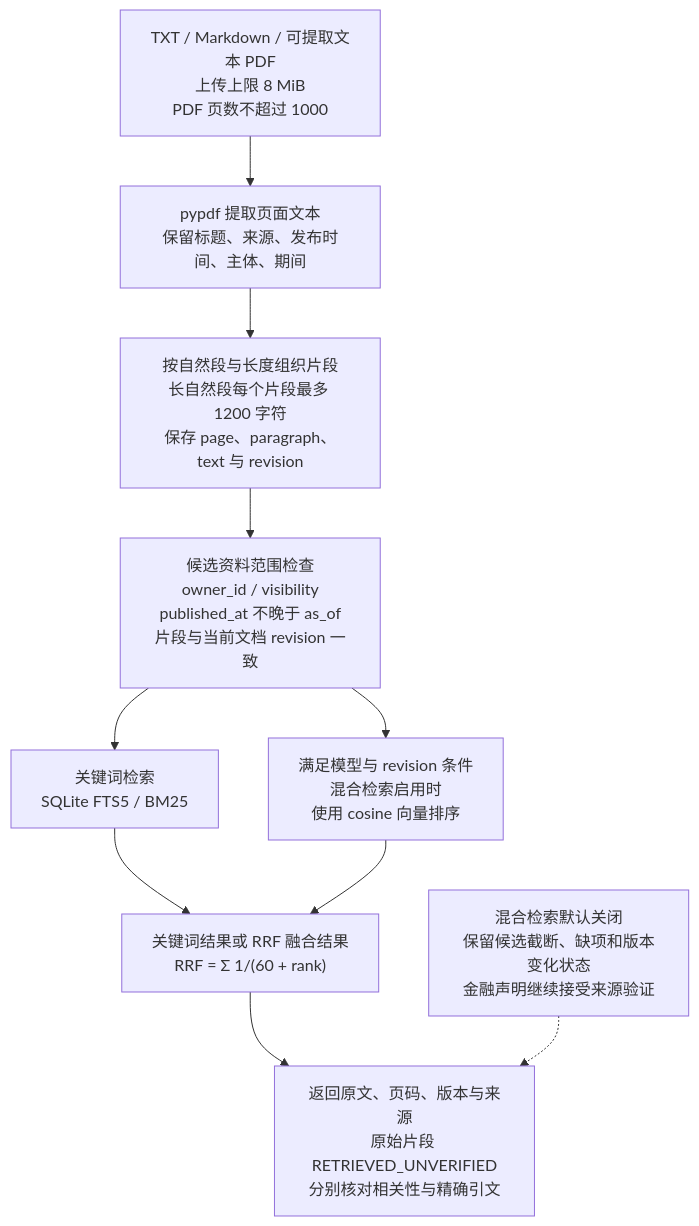
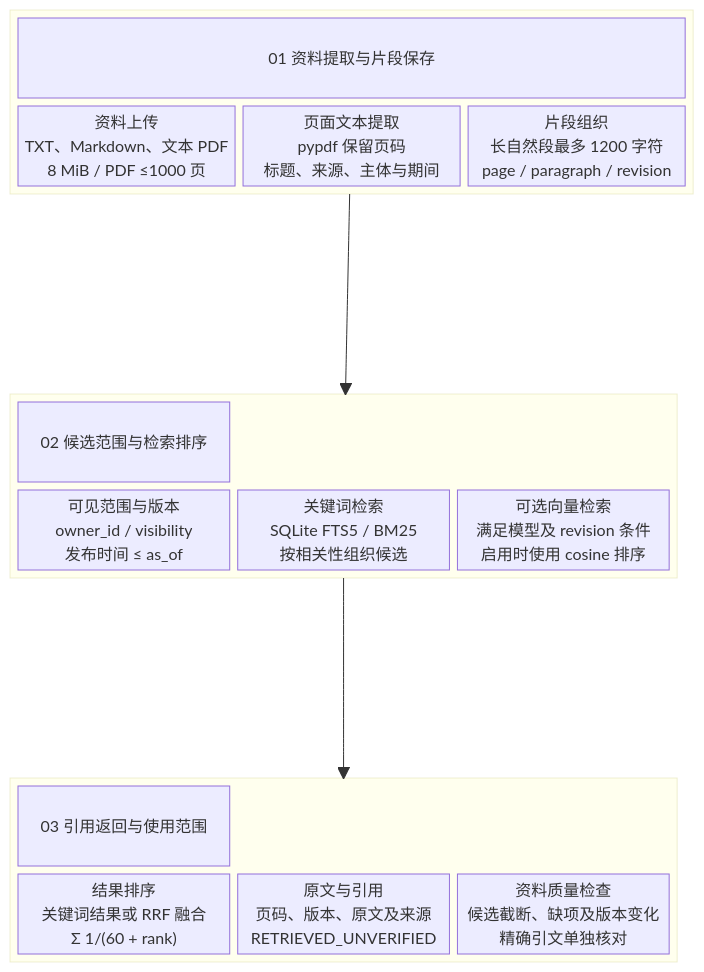
One commit to 1917173927/prism changed the diagram in docs/submission/figures/s2c/knowledge-retrieval.mmd. Above: the diagram before and after it, drawn with Mermaid. The commit also changed 50 other files, not shown here.

Commit message:
docs: 按参考图重绘 S2C 分区卡片图示

```diff
--- a/docs/submission/figures/s2c/knowledge-retrieval.mmd
+++ b/docs/submission/figures/s2c/knowledge-retrieval.mmd
@@ -1,10 +1,31 @@
-flowchart TB
-    FILE["TXT / Markdown / 可提取文本 PDF<br/>上传上限 8 MiB<br/>PDF 页数不超过 1000"] --> TEXT["pypdf 提取页面文本<br/>保留标题、来源、发布时间、主体、期间"]
-    TEXT --> CHUNK["按自然段与长度组织片段<br/>长自然段每个片段最多 1200 字符<br/>保存 page、paragraph、text 与 revision"]
-    CHUNK --> SCOPE["候选资料范围检查<br/>owner_id / visibility<br/>published_at 不晚于 as_of<br/>片段与当前文档 revision 一致"]
-    SCOPE --> KEY["关键词检索<br/>SQLite FTS5 / BM25"]
-    SCOPE --> EMB["满足模型与 revision 条件<br/>混合检索启用时<br/>使用 cosine 向量排序"]
-    KEY --> RANK["关键词结果或 RRF 融合结果<br/>RRF = Σ 1/(60 + rank)"]
-    EMB --> RANK
-    RANK --> CITE["返回原文、页码、版本与来源<br/>原始片段 RETRIEVED_UNVERIFIED<br/>分别核对相关性与精确引文"]
-    NOTE["混合检索默认关闭<br/>保留候选截断、缺项和版本变化状态<br/>金融声明继续接受来源验证"] -.-> CITE
+block-beta
+  columns 1
+  block:input
+    columns 3
+    H1["01 资料提取与片段保存"]:3
+    A["资料上传<br/>TXT、Markdown、文本 PDF<br/>8 MiB / PDF ≤1000 页"]
+    B["页面文本提取<br/>pypdf 保留页码<br/>标题、来源、主体与期间"]
+    C["片段组织<br/>长自然段最多 1200 字符<br/>page / paragraph / revision"]
+  end
+  space
+  block:process
+    columns 3
+    H2["02 候选范围与检索排序"]:3
+    D["可见范围与版本<br/>owner_id / visibility<br/>发布时间 ≤ as_of"]
+    E["关键词检索<br/>SQLite FTS5 / BM25<br/>按相关性组织候选"]
+    F["可选向量检索<br/>满足模型及 revision 条件<br/>启用时使用 cosine 排序"]
+  end
+  space
+  block:output
+    columns 3
+    H3["03 引用返回与使用范围"]:3
+    G["结果排序<br/>关键词结果或 RRF 融合<br/>Σ 1/(60 + rank)"]
+    I["原文与引用<br/>页码、版本、原文及来源<br/>RETRIEVED_UNVERIFIED"]
+    J["资料质量检查<br/>候选截断、缺项及版本变化<br/>精确引文单独核对"]
+  end
+  input --> process
+  process --> output
+  class H1,H2,H3 section
+  class input,process,output container
+  class A,B,C,I,J neutral
+  class D,E,F,G accent
```
